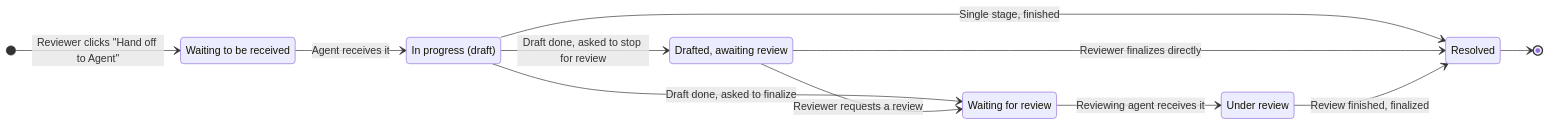
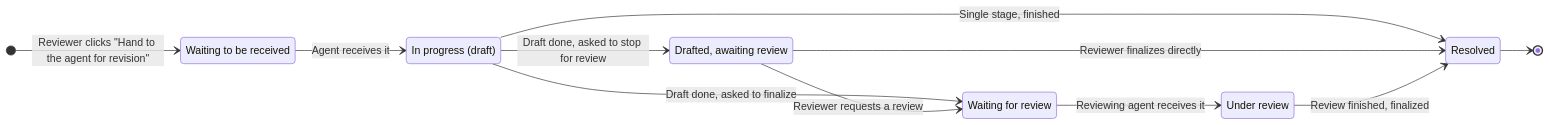
One commit to hezhongtang/annotation-everything changed the third of 4 diagrams in README.en.md. Above: the diagram before and after it, drawn with Mermaid. The commit also changed other lines of this file and 45 other files, not shown here.

````diff
--- a/README.en.md
+++ b/README.en.md
@@ -204,21 +230,21 @@
 ```mermaid
 stateDiagram-v2
     direction LR
     state "Waiting to be received" as pending
     state "In progress (draft)" as claimed
     state "Drafted, awaiting review" as drafted
     state "Waiting for review" as review
     state "Under review" as reviewing
     state "Resolved" as done
 
-    [*] --> pending: Reviewer clicks "Hand off to Agent"
+    [*] --> pending: Reviewer clicks "Hand to the agent for revision"
     pending --> claimed: Agent receives it
     claimed --> done: Single stage, finished
     claimed --> drafted: Draft done, asked to stop for review
     claimed --> review: Draft done, asked to finalize
     drafted --> review: Reviewer requests a review
     drafted --> done: Reviewer finalizes directly
     review --> reviewing: Reviewing agent receives it
     reviewing --> done: Review finished, finalized
     done --> [*]
 ```
````
